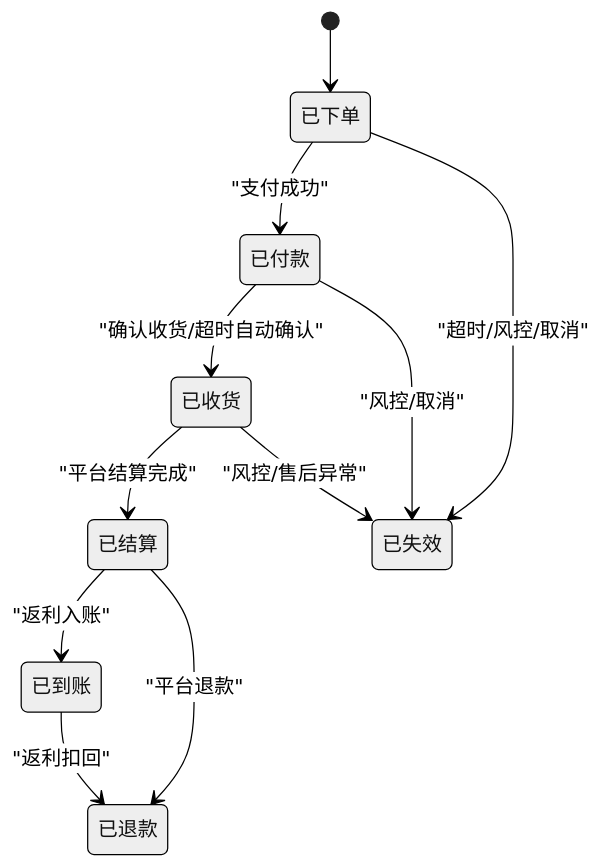
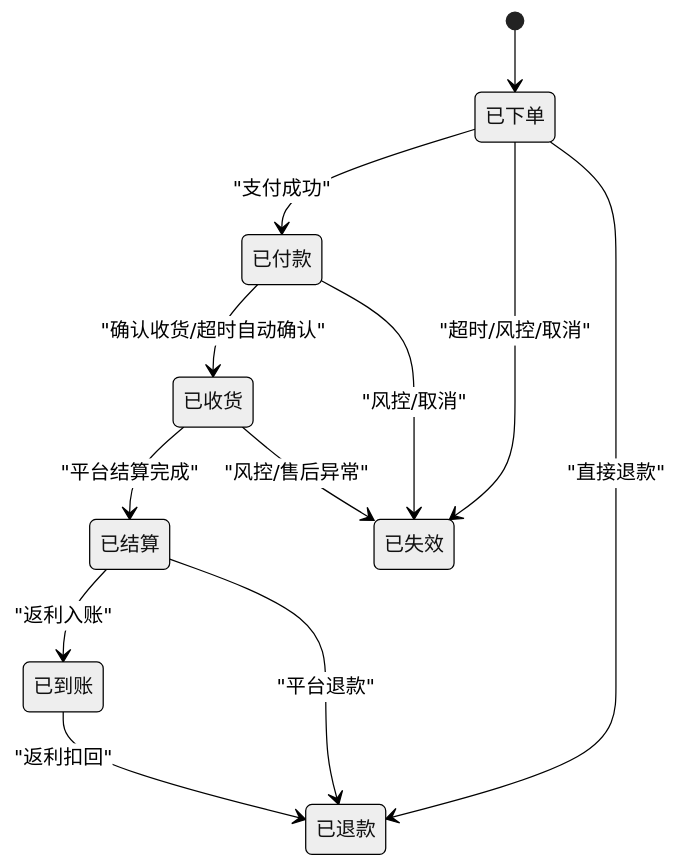
One commit to zhuangpengLI/AgenticCPS changed the fourth of 6 diagrams in .qoder/repowiki/zh/content/后端服务架构/业务模块概览/CPS业务模块/订单管理系统.md. Above: the diagram before and after it, drawn with Mermaid (neutral theme). The commit also changed other lines of this file and 42 other files, not shown here.

````diff
--- a/.qoder/repowiki/zh/content/后端服务架构/业务模块概览/CPS业务模块/订单管理系统.md
+++ b/.qoder/repowiki/zh/content/后端服务架构/业务模块概览/CPS业务模块/订单管理系统.md
@@ -168,13 +194,14 @@
 ```mermaid
 stateDiagram-v2
 [*] --> 已下单
 已下单 --> 已付款 : "支付成功"
 已付款 --> 已收货 : "确认收货/超时自动确认"
 已收货 --> 已结算 : "平台结算完成"
 已结算 --> 已到账 : "返利入账"
 已下单 --> 已失效 : "超时/风控/取消"
 已付款 --> 已失效 : "风控/取消"
 已收货 --> 已失效 : "风控/售后异常"
 已结算 --> 已退款 : "平台退款"
 已到账 --> 已退款 : "返利扣回"
+已下单 --> 已退款 : "直接退款"
 ```
````
